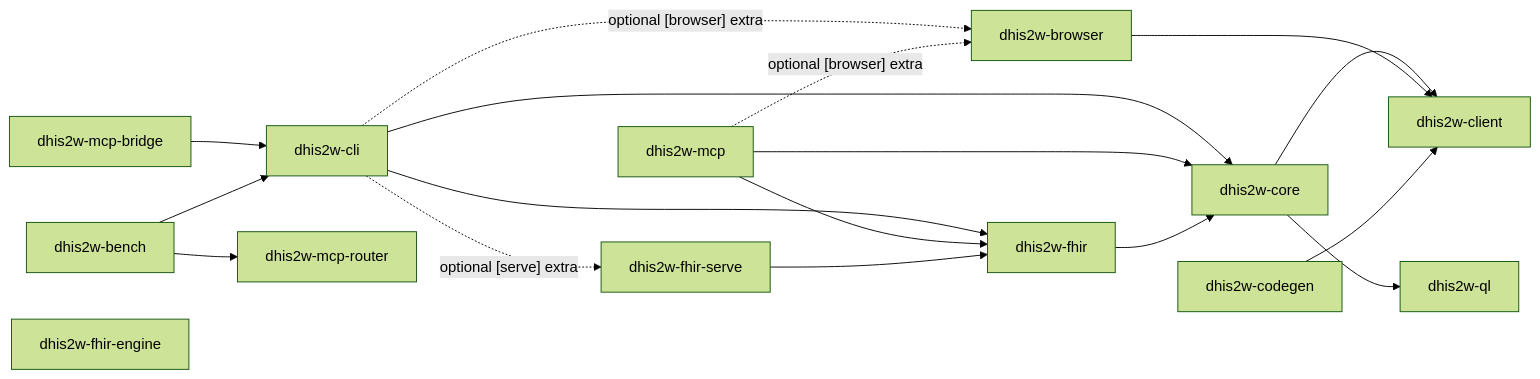
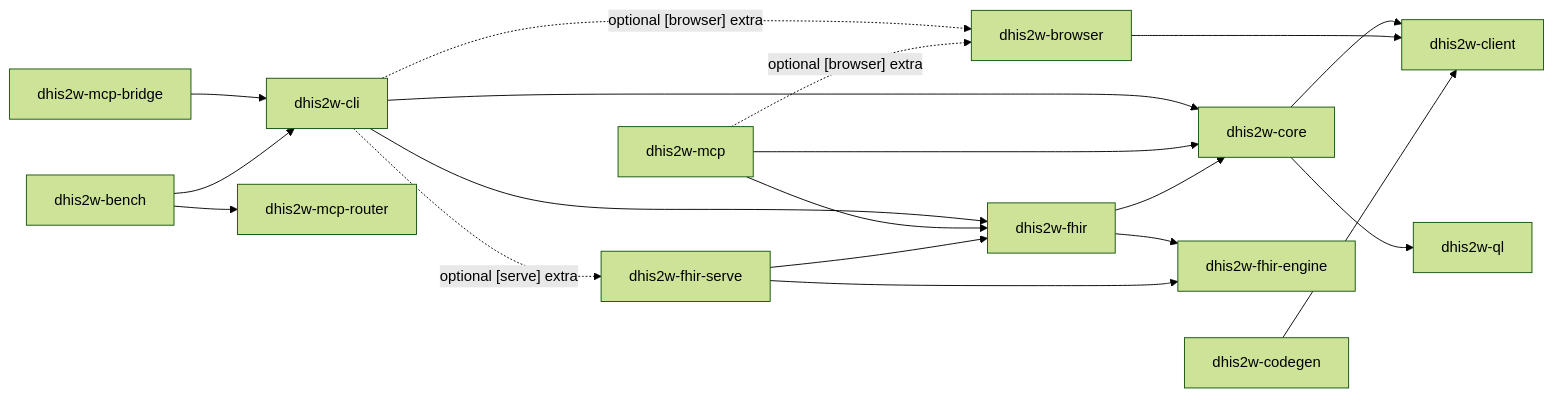
The diagram in CLAUDE.md (winterop-com/dhis2w-utils), drawn with Mermaid (forest theme) before and after one commit. The commit also changed other lines of this file and 24 other files, not shown here.

````diff
--- a/CLAUDE.md
+++ b/CLAUDE.md
@@ -50,33 +52,35 @@
 ```mermaid
 graph LR
     bench["dhis2w-bench"]
     bridge["dhis2w-mcp-bridge"]
     cli["dhis2w-cli"]
     mcp["dhis2w-mcp"]
     router["dhis2w-mcp-router"]
     core["dhis2w-core"]
     ql["dhis2w-ql"]
     browser["dhis2w-browser"]
     codegen["dhis2w-codegen"]
     client["dhis2w-client"]
     fhir["dhis2w-fhir"]
     fhirserve["dhis2w-fhir-serve"]
     fhirengine["dhis2w-fhir-engine"]
 
     cli --> core
     mcp --> core
     cli --> fhir
     mcp --> fhir
     fhir --> core
+    fhir --> fhirengine
     fhirserve --> fhir
+    fhirserve --> fhirengine
     bridge --> cli
     bench --> cli
     bench --> router
     core --> client
     core --> ql
     browser --> client
     codegen --> client
     cli -.->|"optional [browser] extra"| browser
     mcp -.->|"optional [browser] extra"| browser
     cli -.->|"optional [serve] extra"| fhirserve
 ```
````
